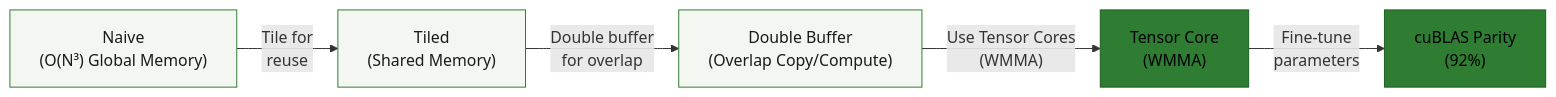
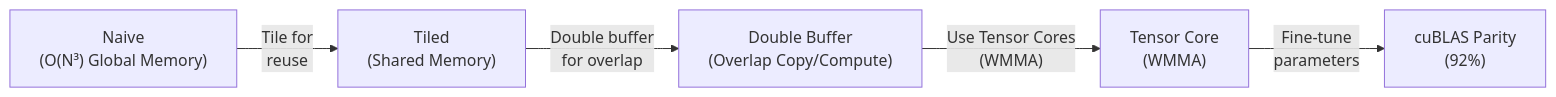
The second of 5 diagrams in docs/zh/whitepaper/architecture.md (LessUp/modern-ai-kernels), drawn with Mermaid before and after one commit. The commit also changed other lines of this file and 47 other files, not shown here.

````diff
--- a/docs/zh/whitepaper/architecture.md
+++ b/docs/zh/whitepaper/architecture.md
@@ -102,19 +101,14 @@
 ```mermaid
 flowchart LR
     A["Naive<br/>(O(N³) Global Memory)"]
     B["Tiled<br/>(Shared Memory)"]
     C["Double Buffer<br/>(Overlap Copy/Compute)"]
     D["Tensor Core<br/>(WMMA)"]
     E["cuBLAS Parity<br/>(92%)"]
 
     A -->|"Tile for<br/>reuse"| B
     B -->|"Double buffer<br/>for overlap"| C
     C -->|"Use Tensor Cores<br/>(WMMA)"| D
     D -->|"Fine-tune<br/>parameters"| E
 
-    style A fill:#F4F7F1,stroke:#2E7D32,color:#1A1A1A
-    style B fill:#F4F7F1,stroke:#2E7D32,color:#1A1A1A
-    style C fill:#F4F7F1,stroke:#2E7D32,color:#1A1A1A
-    style D fill:#2E7D32,stroke:#1B5E20,color:#000
-    style E fill:#2E7D32,stroke:#1B5E20,color:#000
 ```
````
